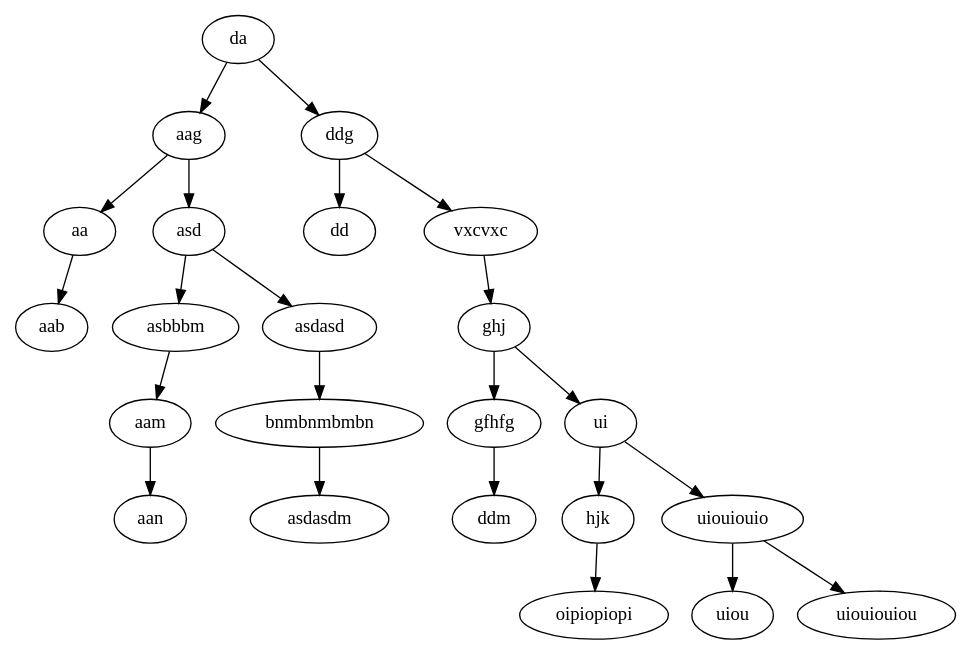
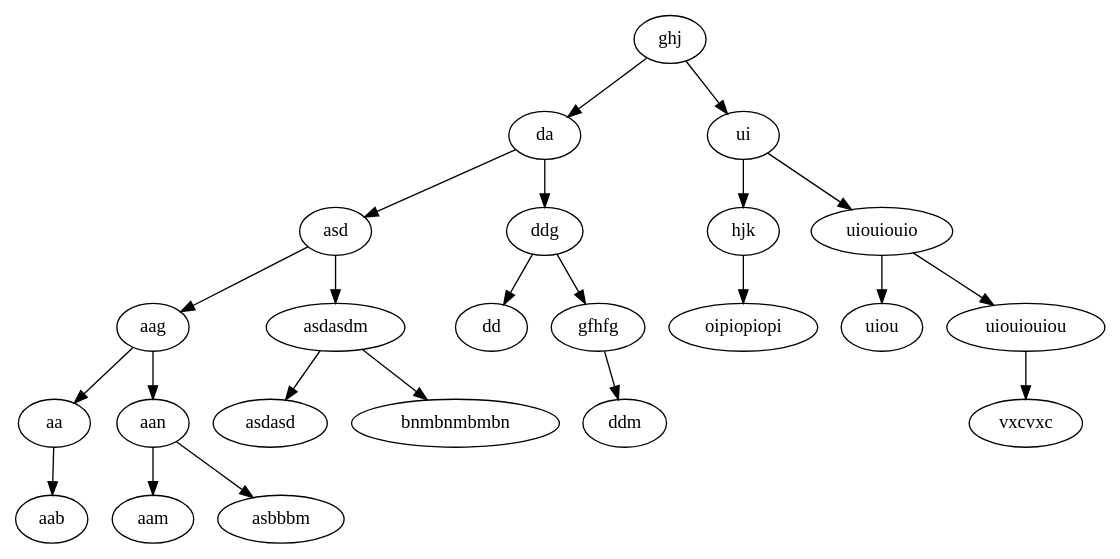
Before and after one commit to pp20u1515/Data_types_and_structures: the diagram in lab_07/func_tests/data/output_balanced_tree.dot, drawn with Graphviz. The commit also changed 12 other files, not shown here.

```diff
--- a/lab_07/func_tests/data/output_balanced_tree.dot
+++ b/lab_07/func_tests/data/output_balanced_tree.dot
@@ -1,47 +1,47 @@
 digraph tree {
-da;
-da -> aag;
-da -> ddg;
-ddg;
-ddg -> dd;
-ddg -> vxcvxc;
-vxcvxc;
-vxcvxc -> ghj;
 ghj;
-ghj -> gfhfg;
+ghj -> da;
 ghj -> ui;
 ui;
 ui -> hjk;
 ui -> uiouiouio;
 uiouiouio;
 uiouiouio -> uiou;
 uiouiouio -> uiouiouiou;
 uiouiouiou;
+uiouiouiou -> vxcvxc;
+vxcvxc;
 uiou;
 hjk;
 hjk -> oipiopiopi;
 oipiopiopi;
+da;
+da -> asd;
+da -> ddg;
+ddg;
+ddg -> dd;
+ddg -> gfhfg;
 gfhfg;
 gfhfg -> ddm;
 ddm;
 dd;
+asd;
+asd -> aag;
+asd -> asdasdm;
+asdasdm;
+asdasdm -> asdasd;
+asdasdm -> bnmbnmbmbn;
+bnmbnmbmbn;
+asdasd;
 aag;
 aag -> aa;
-aag -> asd;
-asd;
-asd -> asbbbm;
-asd -> asdasd;
-asdasd;
-asdasd -> bnmbnmbmbn;
-bnmbnmbmbn;
-bnmbnmbmbn -> asdasdm;
-asdasdm;
+aag -> aan;
+aan;
+aan -> aam;
+aan -> asbbbm;
 asbbbm;
-asbbbm -> aam;
 aam;
-aam -> aan;
-aan;
 aa;
 aa -> aab;
 aab;
 }
```
